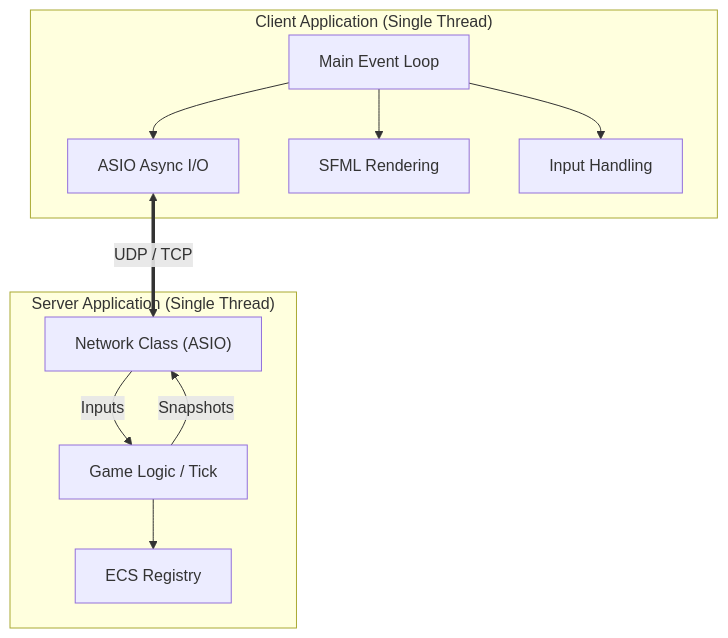
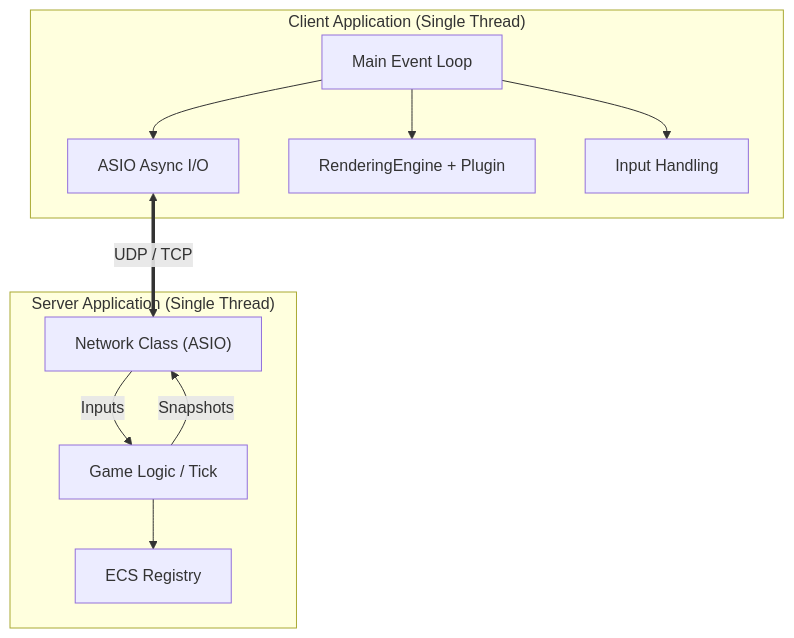
The first of 4 diagrams in docs/docs/architecture.md (MatthieuGA/R_TYPE_J.A.M.E.S.), drawn with Mermaid before and after one commit. The commit also changed 5 other files, not shown here.

First line of the commit message:
:memo: Update system and architecture documentation to reflect plugin API

````diff
--- a/docs/docs/architecture.md
+++ b/docs/docs/architecture.md
@@ -23,25 +23,25 @@
 ```mermaid
 graph TD
     subgraph Client ["Client Application (Single Thread)"]
         C_Main[Main Event Loop]
         C_ASIO[ASIO Async I/O]
-        C_Render[SFML Rendering]
+        C_Render[RenderingEngine + Plugin]
         C_Input[Input Handling]
 
         C_Main --> C_ASIO
         C_Main --> C_Render
         C_Main --> C_Input
     end
 
     subgraph Server ["Server Application (Single Thread)"]
         S_Net["Network Class (ASIO)"]
         S_Logic[Game Logic / Tick]
         S_ECS[ECS Registry]
 
         S_Net -->|Inputs| S_Logic
         S_Logic -->|Snapshots| S_Net
         S_Logic --> S_ECS
     end
 
     C_ASIO <==>|UDP / TCP| S_Net
 ```
````
